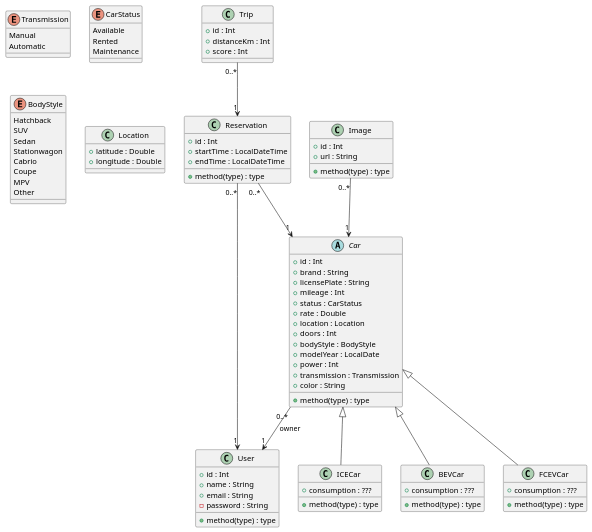
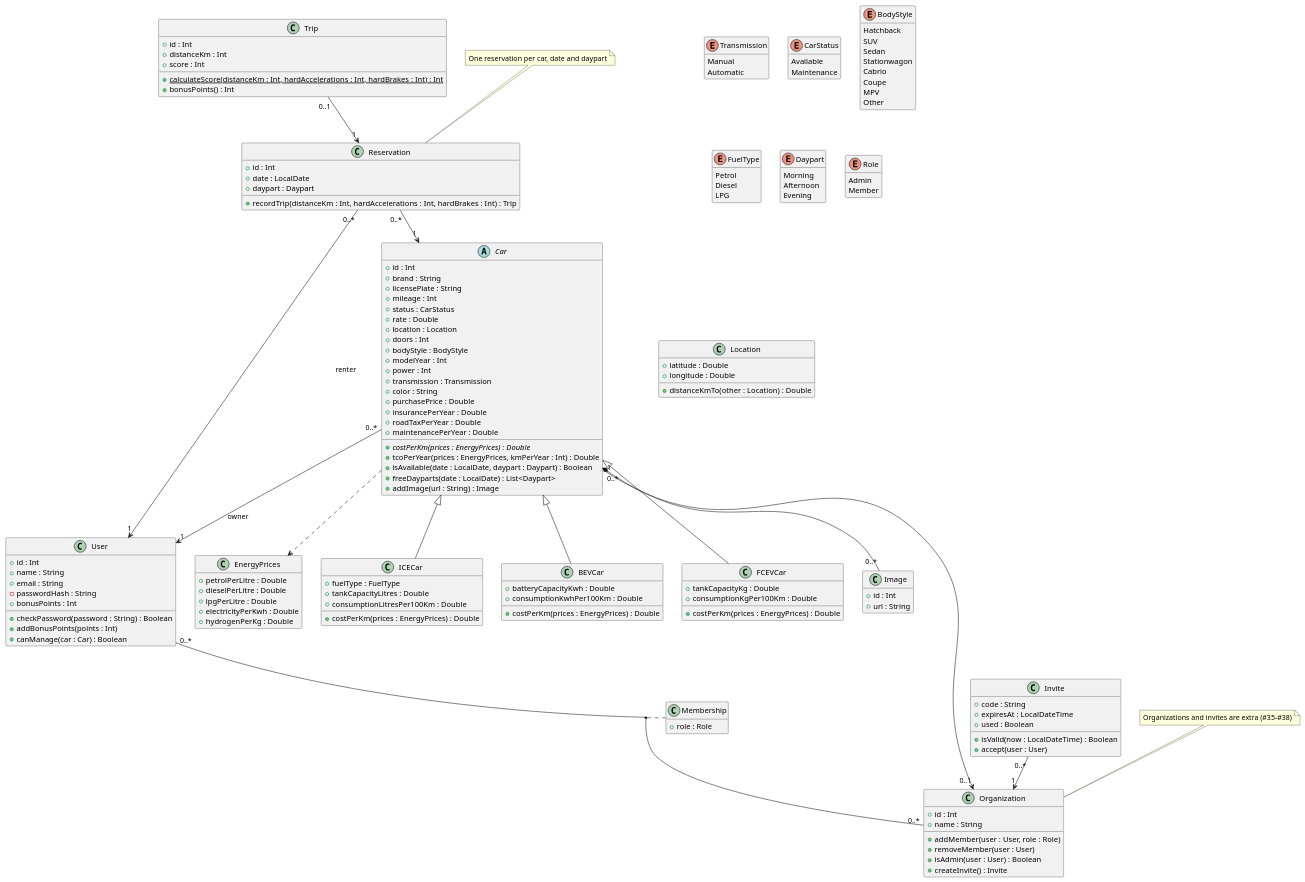
The diagram in docs/diagrams/domain-model.puml (Rent-a-car-38291/rent-a-car), drawn with PlantUML before and after one commit. The commit also changed 10 other files, not shown here.

First line of the commit message:
docs: add UML diagrams of the design (#42)

```diff
--- a/docs/diagrams/domain-model.puml
+++ b/docs/diagrams/domain-model.puml
@@ -1,99 +1,175 @@
-@startuml RentACar
+@startuml
+' Analysis view: the domain as agreed in the backlog, including parts that aren't built yet.
+' For what the code looks like today, see the class-*.puml diagrams.
+hide empty members
 
 enum Transmission {
   Manual
   Automatic
 }
 
+' Rented is gone: whether a car is rented depends on the daypart (#16).
 enum CarStatus {
   Available
-  Rented
   Maintenance
 }
 
 enum BodyStyle {
   Hatchback
   SUV
   Sedan
   Stationwagon
   Cabrio
   Coupe
   MPV
   Other
 }
 
+enum FuelType {
+  Petrol
+  Diesel
+  LPG
+}
+
+enum Daypart {
+  Morning
+  Afternoon
+  Evening
+}
+
+enum Role {
+  Admin
+  Member
+}
+
 class Location {
   + latitude : Double
   + longitude : Double
+  + distanceKmTo(other : Location) : Double
 }
 
-class Trip {
-  + id : Int
-  + distanceKm : Int
-  + score : Int
+class EnergyPrices {
+  + petrolPerLitre : Double
+  + dieselPerLitre : Double
+  + lpgPerLitre : Double
+  + electricityPerKwh : Double
+  + hydrogenPerKg : Double
 }
 
 class User {
   + id : Int
   + name : String
   + email : String
-  - password : String
-  + method(type) : type
-}
-
-class Image {
-  + id : Int
-  + url : String
-  + method(type) : type
-}
-
-class Reservation {
-  + id : Int
-  + startTime : LocalDateTime
-  + endTime : LocalDateTime
-  + method(type) : type
+  - passwordHash : String
+  + bonusPoints : Int
+  + checkPassword(password : String) : Boolean
+  + addBonusPoints(points : Int)
+  + canManage(car : Car) : Boolean
 }
 
 abstract class Car {
   + id : Int
   + brand : String
   + licensePlate : String
   + mileage : Int
   + status : CarStatus
   + rate : Double
   + location : Location
   + doors : Int
   + bodyStyle : BodyStyle
-  + modelYear : LocalDate
+  + modelYear : Int
   + power : Int
   + transmission : Transmission
   + color : String
-  + method(type) : type
+  + purchasePrice : Double
+  + insurancePerYear : Double
+  + roadTaxPerYear : Double
+  + maintenancePerYear : Double
+  + {abstract} costPerKm(prices : EnergyPrices) : Double
+  + tcoPerYear(prices : EnergyPrices, kmPerYear : Int) : Double
+  + isAvailable(date : LocalDate, daypart : Daypart) : Boolean
+  + freeDayparts(date : LocalDate) : List<Daypart>
+  + addImage(url : String) : Image
 }
 
 class ICECar {
-  + consumption : ???
-  + method(type) : type
+  + fuelType : FuelType
+  + tankCapacityLitres : Double
+  + consumptionLitresPer100Km : Double
+  + costPerKm(prices : EnergyPrices) : Double
 }
 
 class BEVCar {
-  + consumption : ???
-  + method(type) : type
+  + batteryCapacityKwh : Double
+  + consumptionKwhPer100Km : Double
+  + costPerKm(prices : EnergyPrices) : Double
 }
 
 class FCEVCar {
-  + consumption : ???
-  + method(type) : type
+  + tankCapacityKg : Double
+  + consumptionKgPer100Km : Double
+  + costPerKm(prices : EnergyPrices) : Double
 }
 
-Trip "0..*" --> "1" Reservation
-Reservation "0..*" --> "1" User
-Reservation "0..*" --> "1" Car
-Car "0..*" --> "1" User : owner
-Image "0..*" --> "1" Car
+class Image {
+  + id : Int
+  + url : String
+}
+
+class Reservation {
+  + id : Int
+  + date : LocalDate
+  + daypart : Daypart
+  + recordTrip(distanceKm : Int, hardAccelerations : Int, hardBrakes : Int) : Trip
+}
+
+class Trip {
+  + id : Int
+  + distanceKm : Int
+  + score : Int
+  + {static} calculateScore(distanceKm : Int, hardAccelerations : Int, hardBrakes : Int) : Int
+  + bonusPoints() : Int
+}
+
+class Organization {
+  + id : Int
+  + name : String
+  + addMember(user : User, role : Role)
+  + removeMember(user : User)
+  + isAdmin(user : User) : Boolean
+  + createInvite() : Invite
+}
+
+class Membership {
+  + role : Role
+}
+
+class Invite {
+  + code : String
+  + expiresAt : LocalDateTime
+  + used : Boolean
+  + isValid(now : LocalDateTime) : Boolean
+  + accept(user : User)
+}
 
 Car <|-- ICECar
 Car <|-- BEVCar
 Car <|-- FCEVCar
 
+Car "0..*" --> "1" User : owner
+Car "0..*" --> "0..1" Organization
+Car "1" *-- "0..*" Image
+Car ..> EnergyPrices
+Reservation "0..*" --> "1" Car
+Reservation "0..*" --> "1" User : renter
+Trip "0..1" --> "1" Reservation
+User "0..*" -- "0..*" Organization
+(User, Organization) .. Membership
+Invite "0..*" --> "1" Organization
+
+note "One reservation per car, date and daypart" as N1
+N1 .. Reservation
+note "Organizations and invites are extra (#35–#38)" as N2
+N2 .. Organization
+
 @enduml
```
